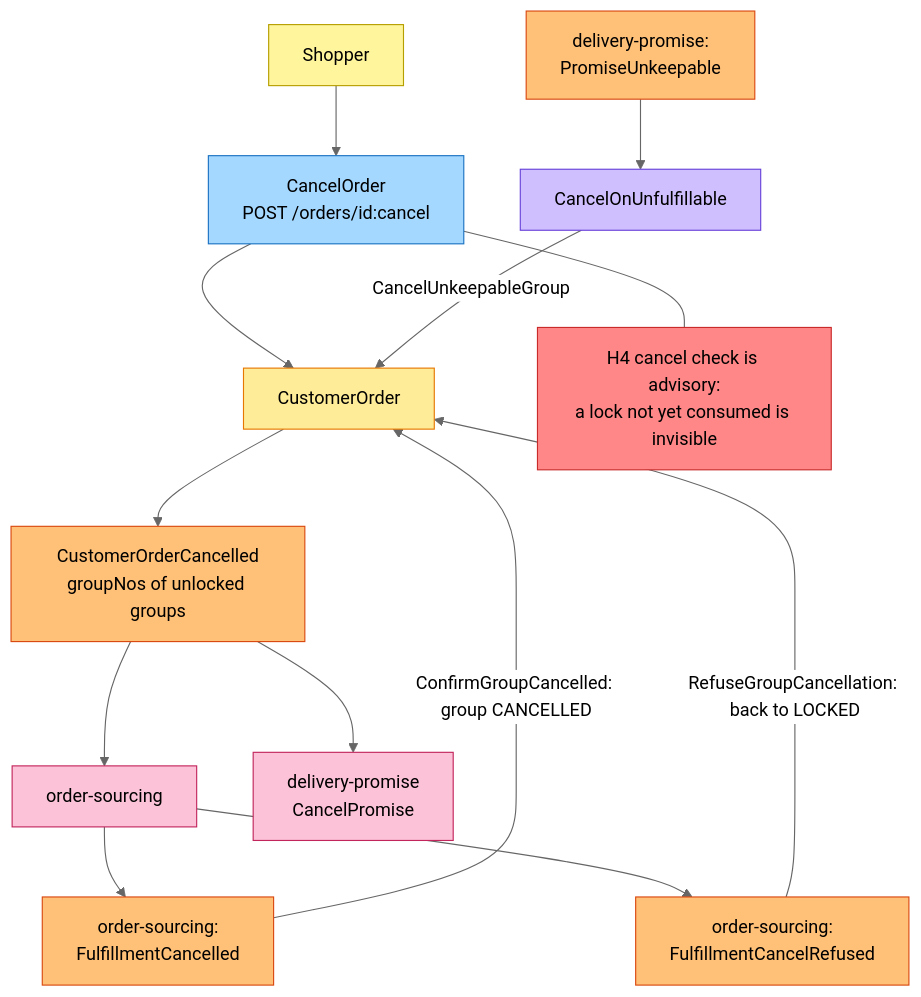
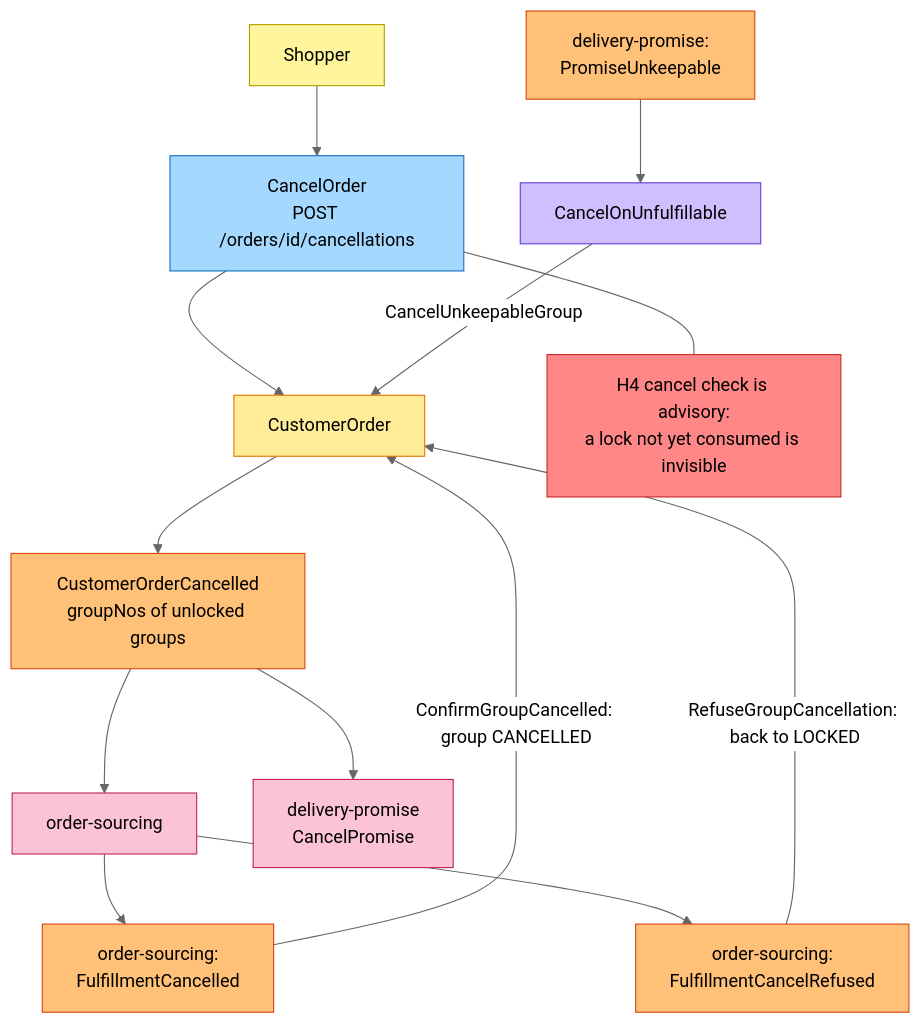
One commit to IQVO/customer-ordering changed the third of 3 diagrams in docs/docs/ddd/eventstorming.md. Above: the diagram before and after it, drawn with Mermaid (neutral theme). The commit also changed 39 other files, not shown here.

````diff
--- a/docs/docs/ddd/eventstorming.md
+++ b/docs/docs/ddd/eventstorming.md
@@ -126,30 +126,30 @@
 ```mermaid
 flowchart TB
     SH["Shopper"]:::actor
-    C1["CancelOrder<br/>POST /orders/id:cancel"]:::command
+    C1["CancelOrder<br/>POST /orders/id/cancellations"]:::command
     G["CustomerOrder"]:::aggregate
     E1["CustomerOrderCancelled<br/>groupNos of unlocked groups"]:::event
     OS["order-sourcing"]:::external
     OE1["order-sourcing:<br/>FulfillmentCancelled"]:::event
     OE2["order-sourcing:<br/>FulfillmentCancelRefused"]:::event
     DP["delivery-promise<br/>CancelPromise"]:::external
     UK["delivery-promise:<br/>PromiseUnkeepable"]:::event
     P2["CancelOnUnfulfillable"]:::policy
     H4["H4 cancel check is advisory:<br/>a lock not yet consumed is invisible"]:::hotspot
 
     SH --> C1 --> G --> E1
     E1 --> OS
     E1 --> DP
     OS --> OE1 -->|"ConfirmGroupCancelled: group CANCELLED"| G
     OS --> OE2 -->|"RefuseGroupCancellation: back to LOCKED"| G
     UK --> P2 -->|"CancelUnkeepableGroup"| G
     C1 --- H4
 
     classDef actor fill:#fff59d,stroke:#b59f00,color:#000
     classDef command fill:#a5d8ff,stroke:#1971c2,color:#000
     classDef aggregate fill:#ffec99,stroke:#e67700,color:#000
     classDef event fill:#ffc078,stroke:#d9480f,color:#000
     classDef policy fill:#d0bfff,stroke:#6741d9,color:#000
     classDef external fill:#fcc2d7,stroke:#c2255c,color:#000
     classDef hotspot fill:#ff8787,stroke:#c92a2a,color:#000
 ```
````
